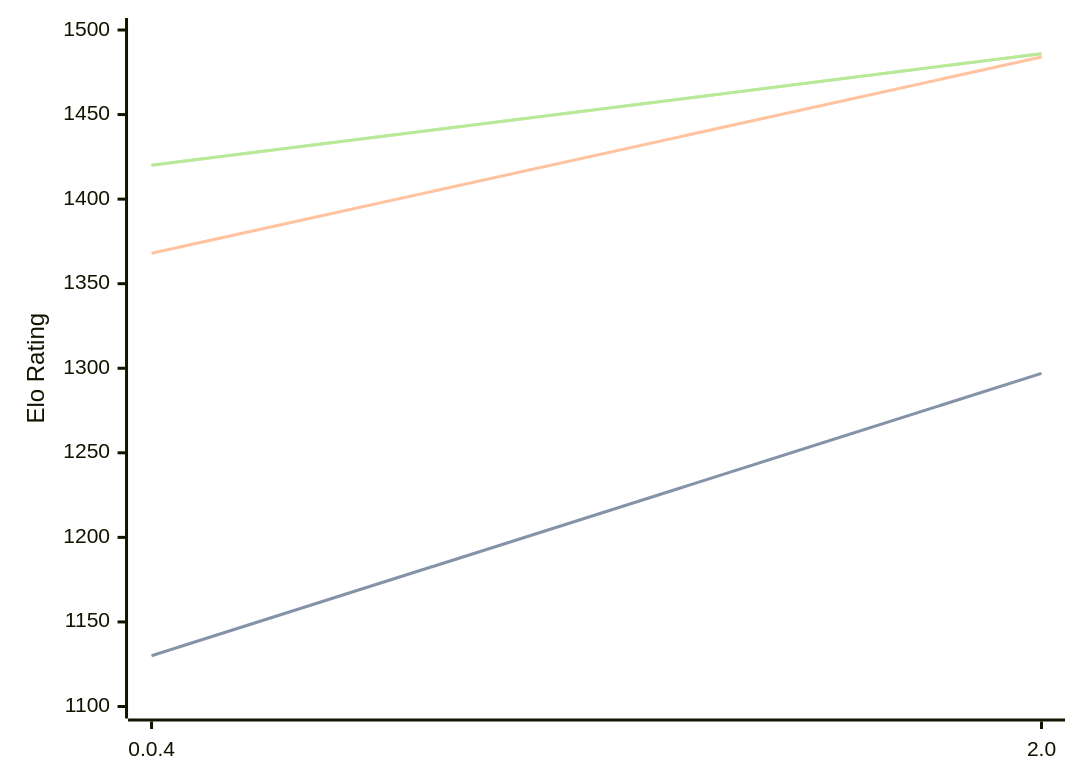
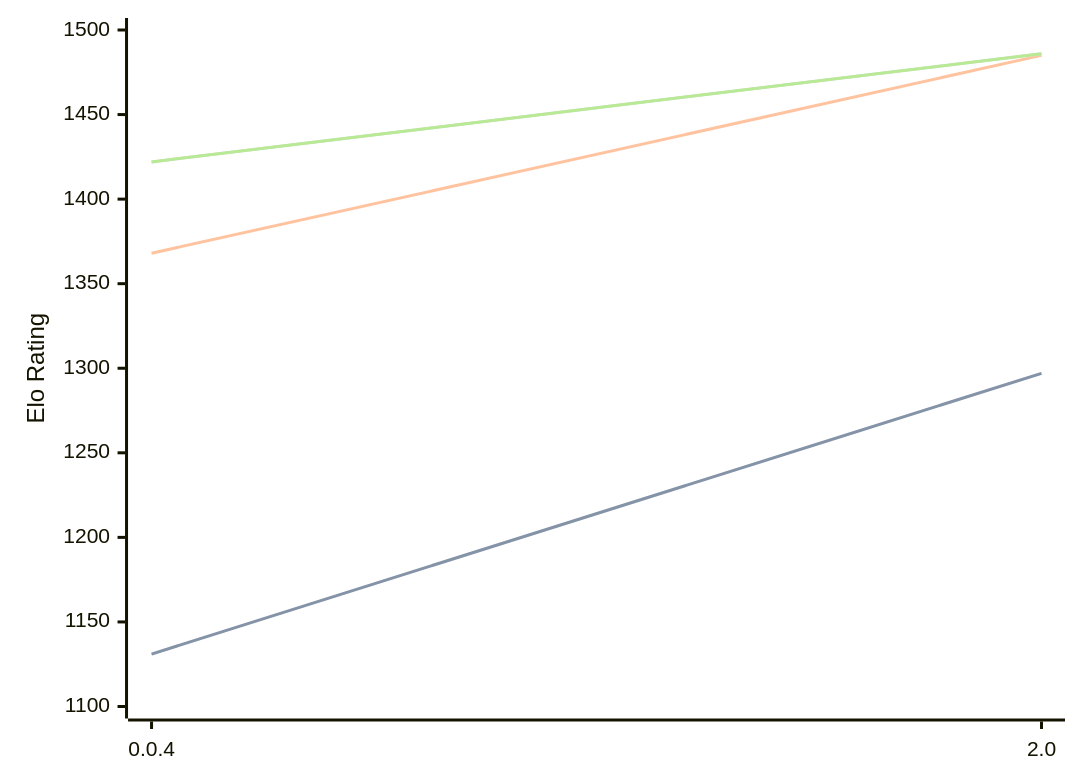
Before and after one commit to computer-chess-index/cci: the diagram in engines/Oops!Mate.md, drawn with Mermaid. The commit also changed other lines of this file, not shown here.

Commit message:
Update CCI Ratings (ELO VLTC) - 2026-05-06

````diff
--- a/engines/Oops!Mate.md
+++ b/engines/Oops!Mate.md
@@ -51,11 +51,11 @@
 ```mermaid
 %%{init: {"theme":"base","themeVariables":{"seriesColors:['#a3a3a3','#222221','#faa371']}}}%%
 xychart-beta
   x-axis ["0.0.4", "2.0"]
   y-axis "Elo Rating" 1100 --> 1500
-  line "STC (8.0+0.08s)" [1130, 1297]
-  line "STC (8.0+0.08s)" [1130, 1297]
-  line "LTC (60.0+0.60s)" [1368, 1484]
-  line "VLTC (2m24s+1.12s)" [1420, 1486]
-  line "VLTC (2m24s+1.12s)" [1420, 1486]
+  line "STC (8.0+0.08s)" [1131, 1297]
+  line "STC (8.0+0.08s)" [1131, 1297]
+  line "LTC (60.0+0.60s)" [1368, 1485]
+  line "VLTC (2m24s+1.12s)" [1422, 1486]
+  line "VLTC (2m24s+1.12s)" [1422, 1486]
 ```
````
